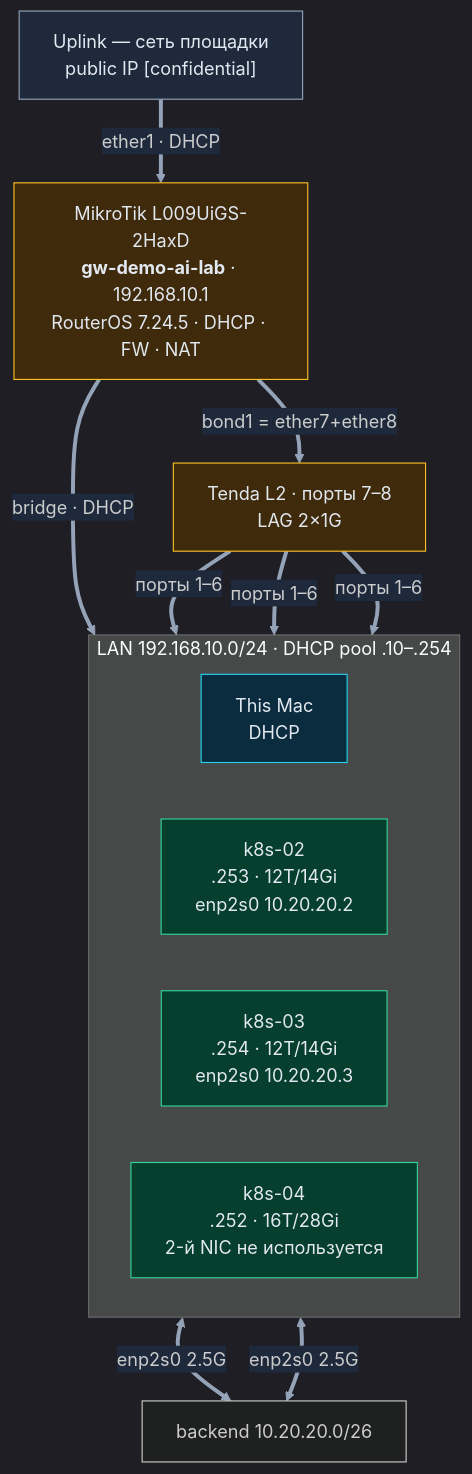
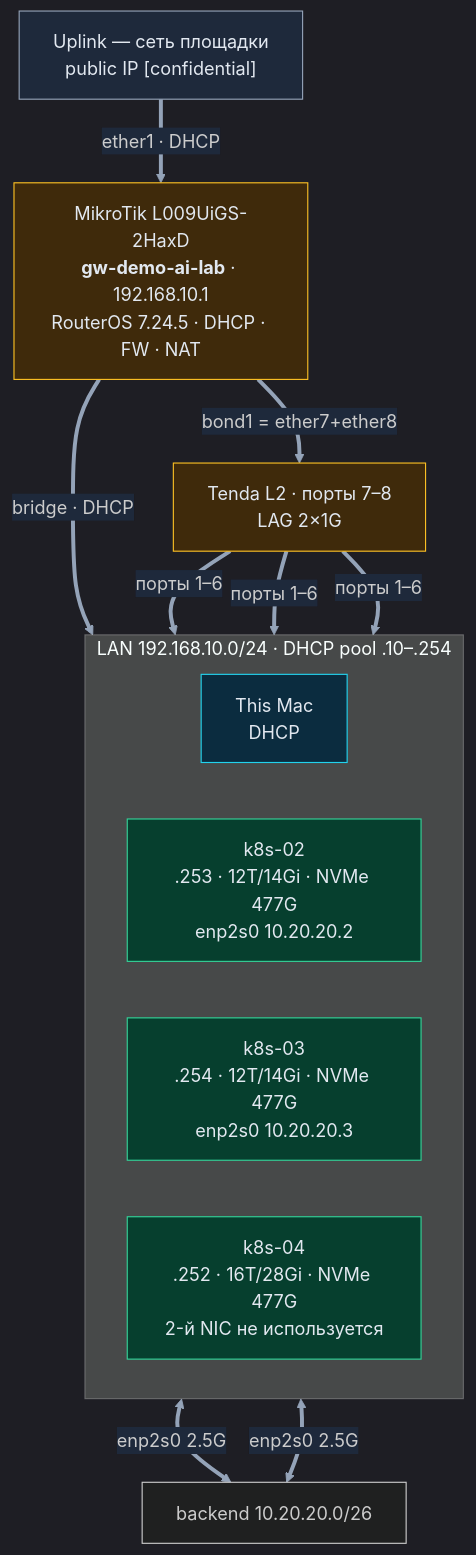
The diagram in network-map-detail.md (msklv/demo-ai-lab), drawn with Mermaid before and after one commit. The commit also changed other lines of this file and 4 other files, not shown here.

````diff
--- a/network-map-detail.md
+++ b/network-map-detail.md
@@ -7,33 +7,33 @@
 ```mermaid
 %%{init: {"theme": "dark", "themeVariables": {"fontFamily": "ui-monospace, monospace", "edgeLabelBackground": "#1e293b", "primaryTextColor": "#e2e8f0", "lineColor": "#94a3b8"}}}%%
 graph TD
 
     UP["Uplink — сеть площадки<br/>public IP [confidential]"]:::ext
 
     RT["MikroTik L009UiGS-2HaxD<br/><b>gw-demo-ai-lab</b> · 192.168.10.1<br/>RouterOS 7.24.5 · DHCP · FW · NAT"]:::net
 
     subgraph LAN["LAN 192.168.10.0/24 · DHCP pool .10–.254"]
         direction LR
         MAC["This Mac<br/>DHCP"]:::mac
-        K2["k8s-02<br/>.253 · 12T/14Gi<br/>enp2s0 10.20.20.2"]:::linux
-        K3["k8s-03<br/>.254 · 12T/14Gi<br/>enp2s0 10.20.20.3"]:::linux
-        K4["k8s-04<br/>.252 · 16T/28Gi<br/>2-й NIC не используется"]:::linux
+        K2["k8s-02<br/>.253 · 12T/14Gi · NVMe 477G<br/>enp2s0 10.20.20.2"]:::linux
+        K3["k8s-03<br/>.254 · 12T/14Gi · NVMe 477G<br/>enp2s0 10.20.20.3"]:::linux
+        K4["k8s-04<br/>.252 · 16T/28Gi · NVMe 477G<br/>2-й NIC не используется"]:::linux
     end
 
     K2 <==>|"enp2s0 2.5G"| BE["backend 10.20.20.0/26"]
     K3 <==>|"enp2s0 2.5G"| BE
 
     UP ==>|"ether1 · DHCP"| RT
     SW["Tenda L2 · порты 7–8<br/>LAG 2×1G"]:::net
 
     RT ==>|"bridge · DHCP"| MAC
     RT ==>|"bond1 = ether7+ether8"| SW
     SW ==>|"порты 1–6"| K2
     SW ==>|"порты 1–6"| K3
     SW ==>|"порты 1–6"| K4
 
     classDef mac fill:#0b2c3f,stroke:#22d3ee,color:#e2e8f0;
     classDef linux fill:#063f2e,stroke:#34d399,color:#e2e8f0;
     classDef net fill:#3f2a0b,stroke:#fbbf24,color:#e2e8f0;
     classDef ext fill:#1e293b,stroke:#94a3b8,color:#e2e8f0;
 ```
````
